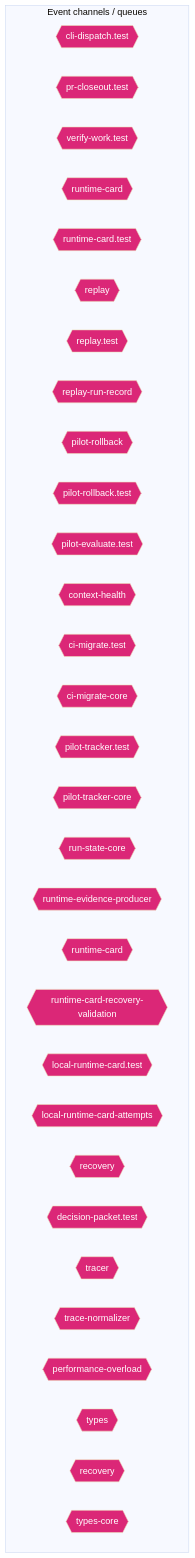
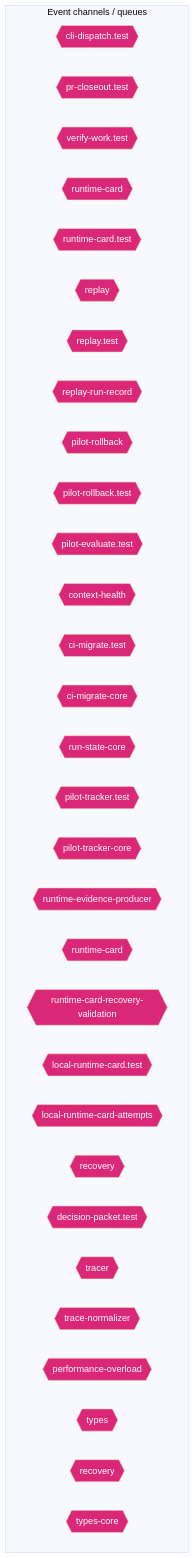
Before and after one commit to jscraik/coding-harness: the ninth of 14 diagrams in AI/context/diagram-context.md, drawn with Mermaid (base theme). The commit also changed other lines of this file and 15 other files, not shown here.

````diff
--- a/AI/context/diagram-context.md
+++ b/AI/context/diagram-context.md
@@ -1833,38 +1835,38 @@
 ```mermaid
 flowchart TD
   subgraph Channels["Event channels / queues"]
     cli_dispatch_test_54c9f17b{{"cli-dispatch.test"}}
     pr_closeout_test_12a1ffdd{{"pr-closeout.test"}}
     verify_work_test_0e12f6c5{{"verify-work.test"}}
     runtime_card_e06b53e1{{"runtime-card"}}
     runtime_card_test_af812837{{"runtime-card.test"}}
     replay_ac203c98{{"replay"}}
     replay_test_935f7436{{"replay.test"}}
     replay_run_record_9a08cce2{{"replay-run-record"}}
     pilot_rollback_00c1f82c{{"pilot-rollback"}}
     pilot_rollback_test_e61d5a2b{{"pilot-rollback.test"}}
     pilot_evaluate_test_a2ac06fc{{"pilot-evaluate.test"}}
     context_health_80bb7da9{{"context-health"}}
     ci_migrate_test_2a015bb9{{"ci-migrate.test"}}
     ci_migrate_core_7005b5af{{"ci-migrate-core"}}
+    run_state_core_25a955bc{{"run-state-core"}}
     pilot_tracker_test_80398a66{{"pilot-tracker.test"}}
     pilot_tracker_core_80d8ac96{{"pilot-tracker-core"}}
-    run_state_core_25a955bc{{"run-state-core"}}
     runtime_evidence_producer_ea388cb5{{"runtime-evidence-producer"}}
     runtime_card_1_465a49d2{{"runtime-card"}}
     runtime_card_recovery_validation_e216d883{{"runtime-card-recovery-validation"}}
     local_runtime_card_test_b508222b{{"local-runtime-card.test"}}
     local_runtime_card_attempts_28aa46ea{{"local-runtime-card-attempts"}}
     recovery_8c585378{{"recovery"}}
     decision_packet_test_9ea0e97b{{"decision-packet.test"}}
     tracer_1e6243a2{{"tracer"}}
     trace_normalizer_cb1be1d2{{"trace-normalizer"}}
     performance_overload_c685bfcf{{"performance-overload"}}
     types_8_f6283648{{"types"}}
     recovery_1_4d1804ab{{"recovery"}}
     types_core_e405ddca{{"types-core"}}
   end
   classDef eventNode fill:#db2777,color:#fff
-  class cli_dispatch_test_54c9f17b,pr_closeout_test_12a1ffdd,verify_work_test_0e12f6c5,runtime_card_e06b53e1,runtime_card_test_af812837,replay_ac203c98,replay_test_935f7436,replay_run_record_9a08cce2,pilot_rollback_00c1f82c,pilot_rollback_test_e61d5a2b,pilot_evaluate_test_a2ac06fc,context_health_80bb7da9,ci_migrate_test_2a015bb9,ci_migrate_core_7005b5af,pilot_tracker_test_80398a66,pilot_tracker_core_80d8ac96,run_state_core_25a955bc,runtime_evidence_producer_ea388cb5,runtime_card_1_465a49d2,runtime_card_recovery_validation_e216d883,local_runtime_card_test_b508222b,local_runtime_card_attempts_28aa46ea,recovery_8c585378,decision_packet_test_9ea0e97b,tracer_1e6243a2,trace_normalizer_cb1be1d2,performance_overload_c685bfcf,types_8_f6283648,recovery_1_4d1804ab,types_core_e405ddca eventNode
+  class cli_dispatch_test_54c9f17b,pr_closeout_test_12a1ffdd,verify_work_test_0e12f6c5,runtime_card_e06b53e1,runtime_card_test_af812837,replay_ac203c98,replay_test_935f7436,replay_run_record_9a08cce2,pilot_rollback_00c1f82c,pilot_rollback_test_e61d5a2b,pilot_evaluate_test_a2ac06fc,context_health_80bb7da9,ci_migrate_test_2a015bb9,ci_migrate_core_7005b5af,run_state_core_25a955bc,pilot_tracker_test_80398a66,pilot_tracker_core_80d8ac96,runtime_evidence_producer_ea388cb5,runtime_card_1_465a49d2,runtime_card_recovery_validation_e216d883,local_runtime_card_test_b508222b,local_runtime_card_attempts_28aa46ea,recovery_8c585378,decision_packet_test_9ea0e97b,tracer_1e6243a2,trace_normalizer_cb1be1d2,performance_overload_c685bfcf,types_8_f6283648,recovery_1_4d1804ab,types_core_e405ddca eventNode
 
 ```
````
